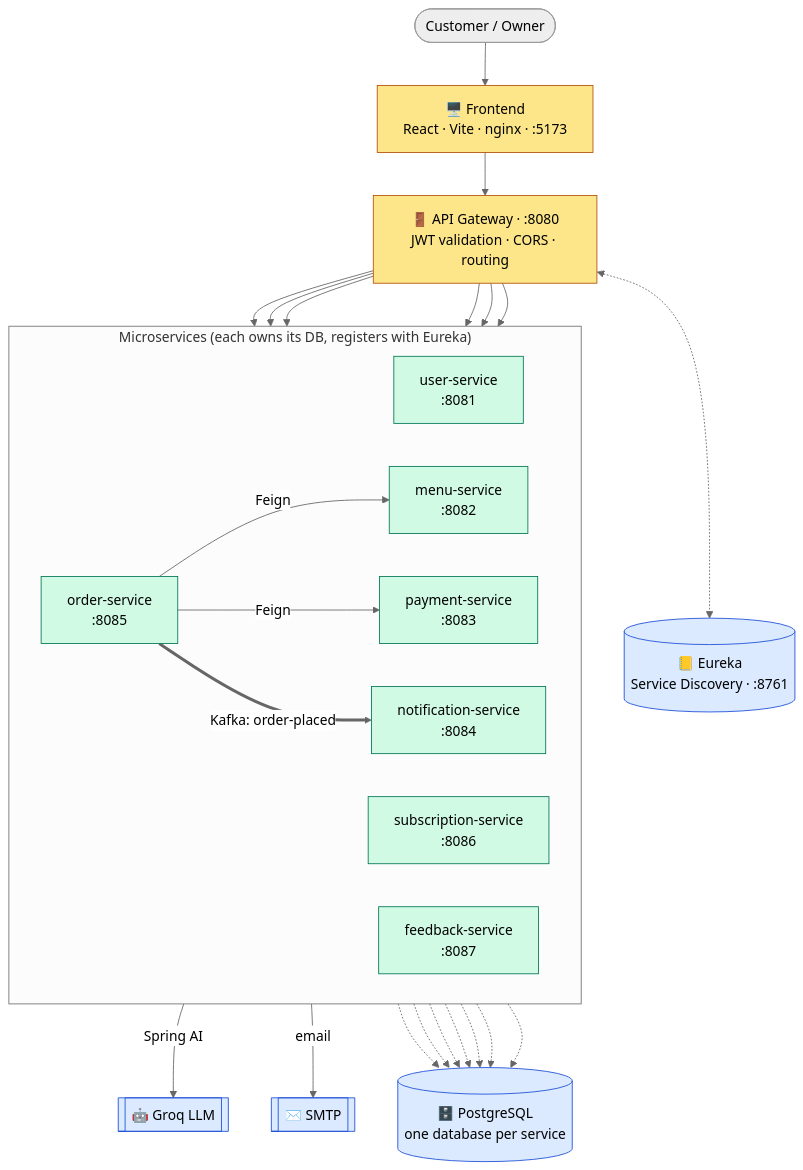
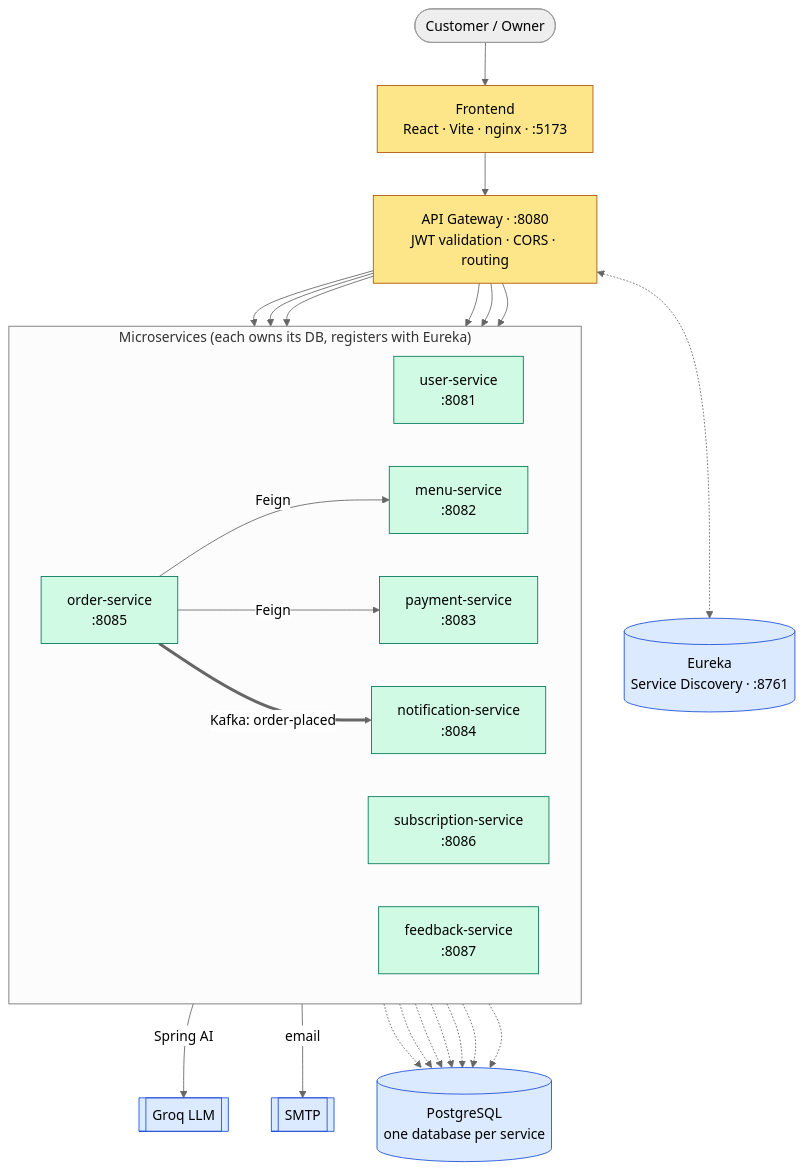
One commit to NirbhaySharma504/TiffinBox changed the diagram in README.md. Above: the diagram before and after it, drawn with Mermaid (neutral theme).

````diff
--- a/README.md
+++ b/README.md
@@ -24,40 +24,40 @@
 ```mermaid
 flowchart TD
     U([Customer / Owner])
-    FE["🖥️ Frontend<br/>React · Vite · nginx · :5173"]
-    GW["🚪 API Gateway · :8080<br/>JWT validation · CORS · routing"]
-    EU[("📒 Eureka<br/>Service Discovery · :8761")]
-    DB[("🗄️ PostgreSQL<br/>one database per service")]
-    GROQ[["🤖 Groq LLM"]]
-    MAIL[["✉️ SMTP"]]
+    FE[" Frontend<br/>React · Vite · nginx · :5173"]
+    GW[" API Gateway · :8080<br/>JWT validation · CORS · routing"]
+    EU[(" Eureka<br/>Service Discovery · :8761")]
+    DB[(" PostgreSQL<br/>one database per service")]
+    GROQ[[" Groq LLM"]]
+    MAIL[[" SMTP"]]
 
     U --> FE --> GW
     GW <-.-> EU
 
     subgraph SVC ["Microservices (each owns its DB, registers with Eureka)"]
         direction LR
         US["user-service<br/>:8081"]
         MS["menu-service<br/>:8082"]
         OS["order-service<br/>:8085"]
         SS["subscription-service<br/>:8086"]
         PS["payment-service<br/>:8083"]
         FS["feedback-service<br/>:8087"]
         NS["notification-service<br/>:8084"]
     end
 
     GW --> US & MS & OS & SS & PS & FS
     OS -- "Feign" --> MS
     OS -- "Feign" --> PS
     OS == "Kafka: order-placed" ==> NS
     FS -- "Spring AI" --> GROQ
     NS -- "email" --> MAIL
 
     US & MS & OS & SS & PS & FS & NS -.-> DB
 
     classDef edge fill:#fde68a,stroke:#b45309,color:#000;
     classDef svc fill:#d1fae5,stroke:#047857,color:#000;
     classDef infra fill:#dbeafe,stroke:#1d4ed8,color:#000;
     class GW,FE edge;
     class US,MS,OS,SS,PS,FS,NS svc;
     class EU,DB,GROQ,MAIL infra;
 ```
````
